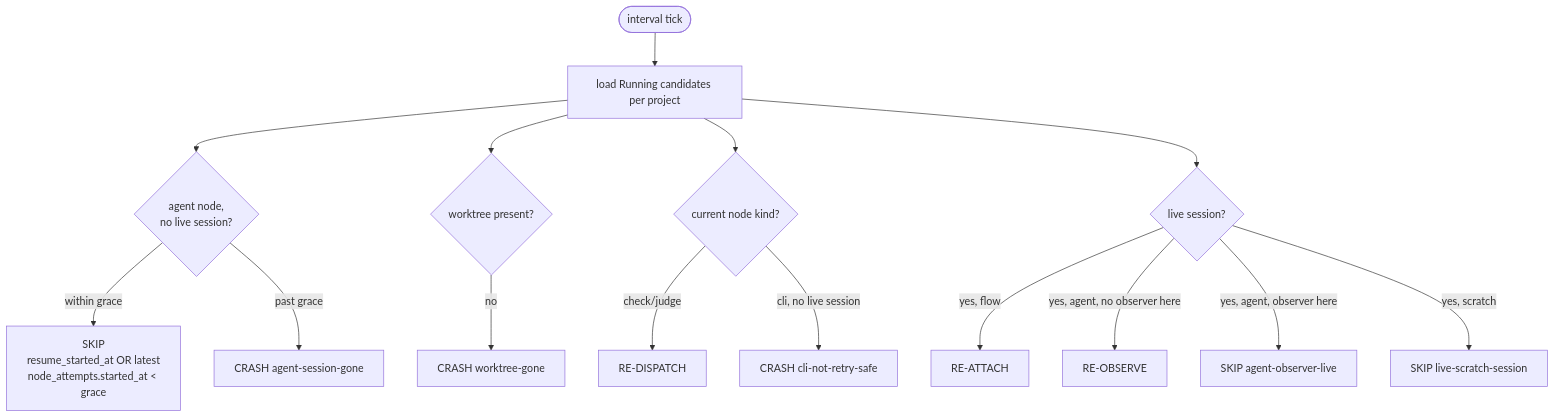
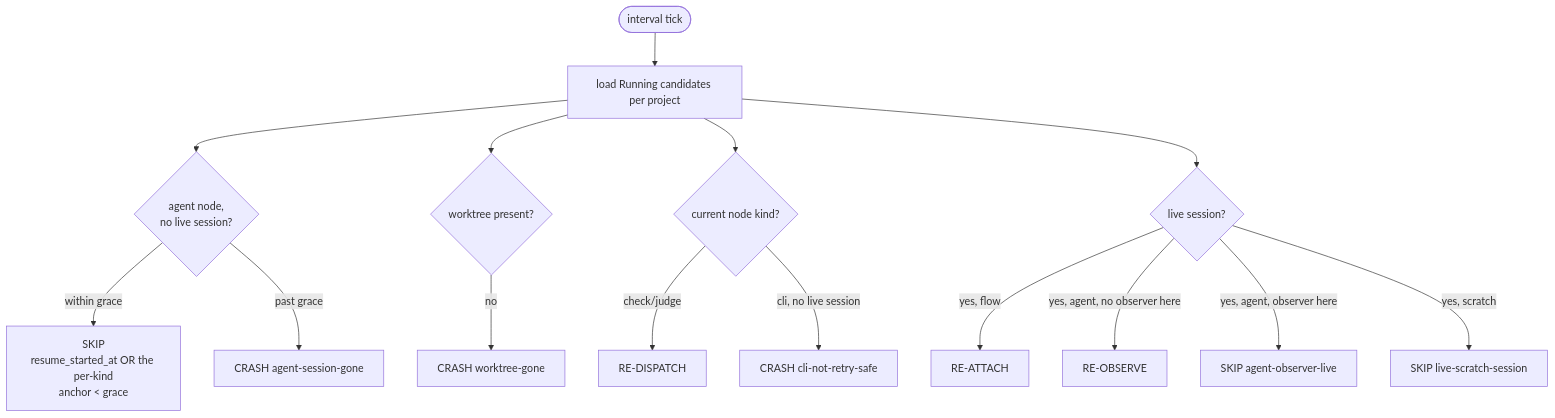
The third of 6 diagrams in docs/system-analytics/reconciliation-gc.md (maister-dev/maister), drawn with Mermaid before and after one commit. The commit also changed other lines of this file and 28 other files, not shown here.

````diff
--- a/docs/system-analytics/reconciliation-gc.md
+++ b/docs/system-analytics/reconciliation-gc.md
@@ -241,17 +248,17 @@
 ```mermaid
 flowchart TD
     Tick([interval tick]) --> Candidates[load Running candidates per project]
     Candidates --> Grace{agent node,<br/>no live session?}
-    Grace -- within grace --> SkipG[SKIP<br/>resume_started_at OR latest<br/>node_attempts.started_at < grace]
+    Grace -- within grace --> SkipG[SKIP<br/>resume_started_at OR the per-kind<br/>anchor < grace]
     Grace -- past grace --> CrashG[CRASH agent-session-gone]
     Candidates --> Worktree{worktree present?}
     Worktree -- no --> CrashW[CRASH worktree-gone]
     Candidates --> Node{current node kind?}
     Node -- check/judge --> Redis[RE-DISPATCH]
     Node -- cli, no live session --> CrashC[CRASH cli-not-retry-safe]
     Candidates --> Sess{live session?}
     Sess -- yes, flow --> Reatt[RE-ATTACH]
     Sess -- yes, agent, no observer here --> Reobs[RE-OBSERVE]
     Sess -- yes, agent, observer here --> SkipO[SKIP agent-observer-live]
     Sess -- yes, scratch --> SkipS[SKIP live-scratch-session]
 ```
````
